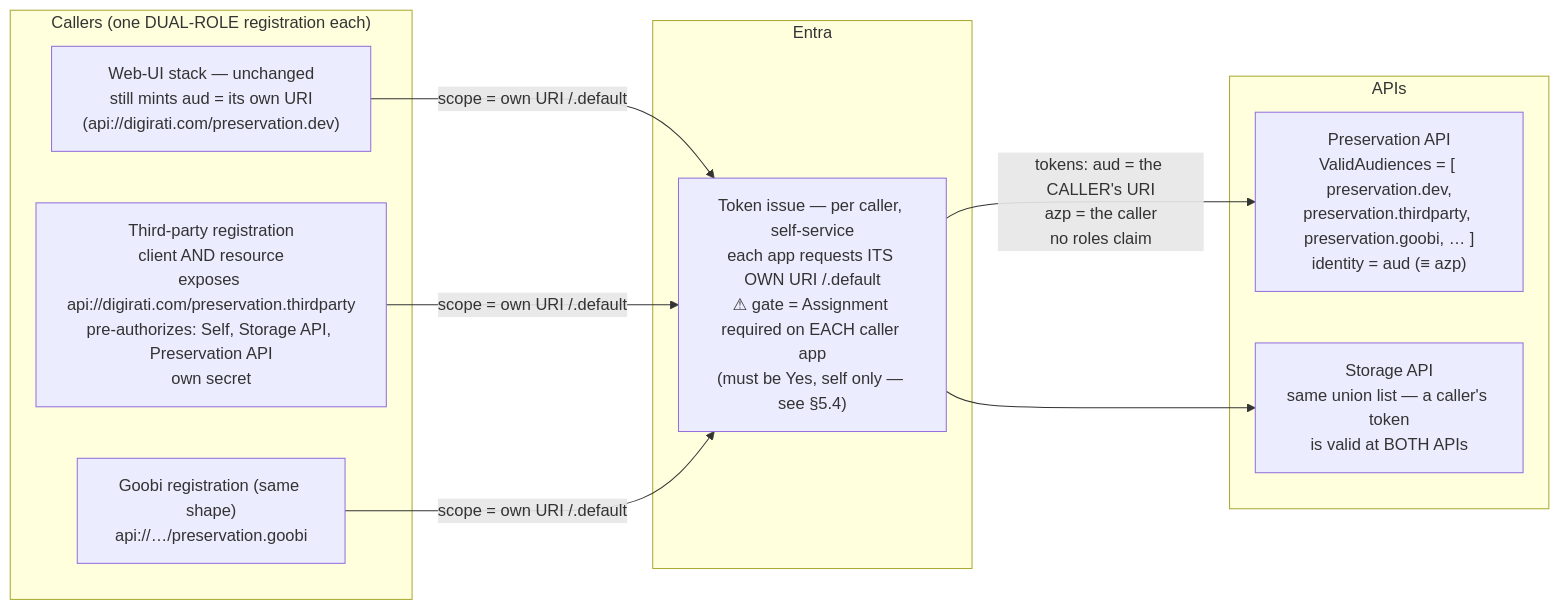
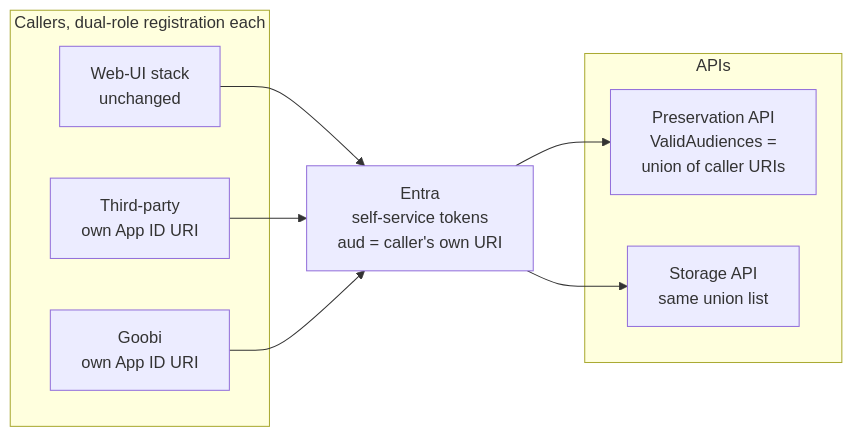
Before and after one commit to digirati-co-uk/digital-preservation: the third of 3 diagrams in docs/rfc-0001-lpii166-comparison.md, drawn with Mermaid. The commit also changed other lines of this file, not shown here.

First line of the commit message:
docs: fix truncated mermaid labels in the comparison diagrams

````diff
--- a/docs/rfc-0001-lpii166-comparison.md
+++ b/docs/rfc-0001-lpii166-comparison.md
@@ -90,23 +101,21 @@
 ```mermaid
 flowchart LR
-    subgraph callers ["Callers (one DUAL-ROLE registration each)"]
-        UI3["Web-UI stack — unchanged<br/>still mints aud = its own URI<br/>(api://digirati.com/preservation.dev)"]
-        TP3["Third-party registration<br/>client AND resource<br/>exposes api://digirati.com/preservation.thirdparty<br/>pre-authorizes: Self, Storage API, Preservation API<br/>own secret"]
-        GOOBI3["Goobi registration (same shape)<br/>api://…/preservation.goobi"]
+    subgraph CALLERS3 ["Callers, dual-role registration each"]
+        UI3["Web-UI stack<br/>unchanged"]
+        TP3["Third-party<br/>own App ID URI"]
+        GOOBI3["Goobi<br/>own App ID URI"]
     end
 
-    subgraph entra ["Entra"]
-        MINT["Token issue — per caller, self-service<br/>each app requests ITS OWN URI /.default<br/>⚠ gate = Assignment required on EACH caller app<br/>(must be Yes, self only — see §5.4)"]
+    MINT["Entra<br/>self-service tokens<br/>aud = caller's own URI"]
+
+    subgraph APIS3 ["APIs"]
+        PRES3["Preservation API<br/>ValidAudiences =<br/>union of caller URIs"]
+        STOR3["Storage API<br/>same union list"]
     end
 
-    subgraph apis ["APIs"]
-        PRES3["Preservation API<br/>ValidAudiences = [ preservation.dev,<br/>preservation.thirdparty, preservation.goobi, … ]<br/>identity = aud (≡ azp)"]
-        STOR3["Storage API<br/>same union list — a caller's token<br/>is valid at BOTH APIs"]
-    end
-
-    UI3 -->|"scope = own URI /.default"| MINT
-    TP3 -->|"scope = own URI /.default"| MINT
-    GOOBI3 -->|"scope = own URI /.default"| MINT
-    MINT -->|"tokens: aud = the CALLER's URI<br/>azp = the caller<br/>no roles claim"| PRES3
+    UI3 --> MINT
+    TP3 --> MINT
+    GOOBI3 --> MINT
+    MINT --> PRES3
     MINT --> STOR3
 ```
````
